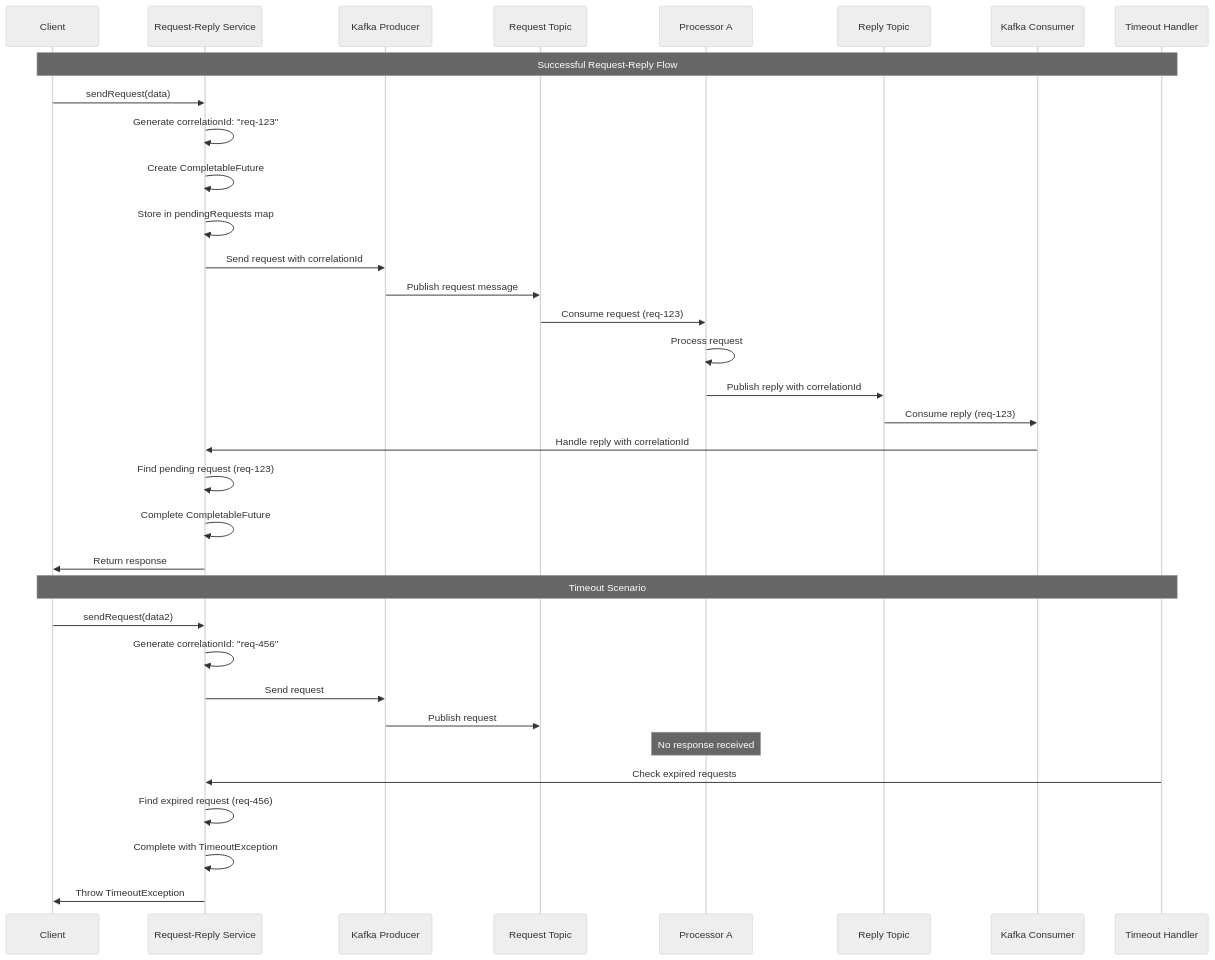
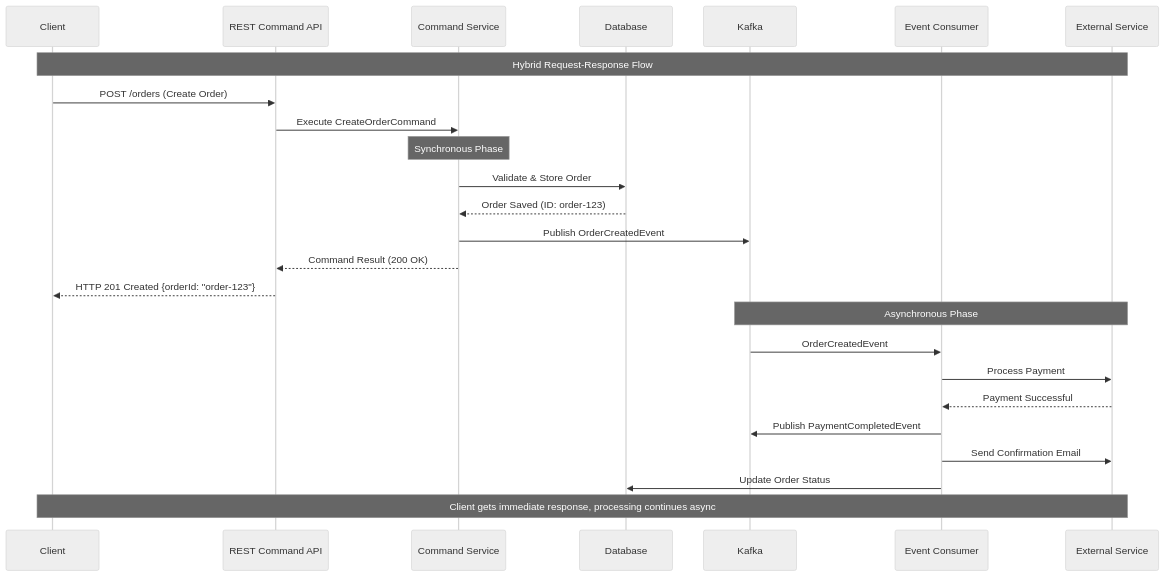
Before and after one commit to vorrawut/KafkaStarter: the second of 2 diagrams in class/modules/lesson_13/concept.md, drawn with Mermaid (neutral theme). The commit also changed other lines of this file and 204 other files, not shown here.

````diff
--- a/class/modules/lesson_13/concept.md
+++ b/class/modules/lesson_13/concept.md
@@ -315,44 +71,33 @@
 ```mermaid
 sequenceDiagram
     participant Client
-    participant RequestReplyService as Request-Reply Service
-    participant KafkaProducer as Kafka Producer
-    participant RequestTopic as Request Topic
-    participant ProcessorA as Processor A
-    participant ReplyTopic as Reply Topic
-    participant KafkaConsumer as Kafka Consumer
-    participant TimeoutHandler as Timeout Handler
+    participant REST_API as REST Command API
+    participant Command_Service as Command Service
+    participant Database
+    participant Kafka
+    participant Event_Consumer as Event Consumer
+    participant External_Service as External Service
     
-    Note over Client, TimeoutHandler: Successful Request-Reply Flow
+    Note over Client, External_Service: Hybrid Request-Response Flow
     
-    Client->>RequestReplyService: sendRequest(data)
-    RequestReplyService->>RequestReplyService: Generate correlationId: "req-123"
-    RequestReplyService->>RequestReplyService: Create CompletableFuture
-    RequestReplyService->>RequestReplyService: Store in pendingRequests map
-    RequestReplyService->>KafkaProducer: Send request with correlationId
-    KafkaProducer->>RequestTopic: Publish request message
+    Client->>REST_API: POST /orders (Create Order)
+    REST_API->>Command_Service: Execute CreateOrderCommand
     
-    RequestTopic->>ProcessorA: Consume request (req-123)
-    ProcessorA->>ProcessorA: Process request
-    ProcessorA->>ReplyTopic: Publish reply with correlationId
+    Note over Command_Service: Synchronous Phase
+    Command_Service->>Database: Validate & Store Order
+    Database-->>Command_Service: Order Saved (ID: order-123)
+    Command_Service->>Kafka: Publish OrderCreatedEvent
+    Command_Service-->>REST_API: Command Result (200 OK)
+    REST_API-->>Client: HTTP 201 Created {orderId: "order-123"}
     
-    ReplyTopic->>KafkaConsumer: Consume reply (req-123)
-    KafkaConsumer->>RequestReplyService: Handle reply with correlationId
-    RequestReplyService->>RequestReplyService: Find pending request (req-123)
-    RequestReplyService->>RequestReplyService: Complete CompletableFuture
-    RequestReplyService->>Client: Return response
+    Note over Kafka, External_Service: Asynchronous Phase
+    Kafka->>Event_Consumer: OrderCreatedEvent
+    Event_Consumer->>External_Service: Process Payment
+    External_Service-->>Event_Consumer: Payment Successful
+    Event_Consumer->>Kafka: Publish PaymentCompletedEvent
     
-    Note over Client, TimeoutHandler: Timeout Scenario
+    Event_Consumer->>External_Service: Send Confirmation Email
+    Event_Consumer->>Database: Update Order Status
     
-    Client->>RequestReplyService: sendRequest(data2)
-    RequestReplyService->>RequestReplyService: Generate correlationId: "req-456"
-    RequestReplyService->>KafkaProducer: Send request
-    KafkaProducer->>RequestTopic: Publish request
-    
-    Note over ProcessorA: No response received
-    
-    TimeoutHandler->>RequestReplyService: Check expired requests
-    RequestReplyService->>RequestReplyService: Find expired request (req-456)
-    RequestReplyService->>RequestReplyService: Complete with TimeoutException
-    RequestReplyService->>Client: Throw TimeoutException
+    Note over Client, External_Service: Client gets immediate response, processing continues async
 ```
````
